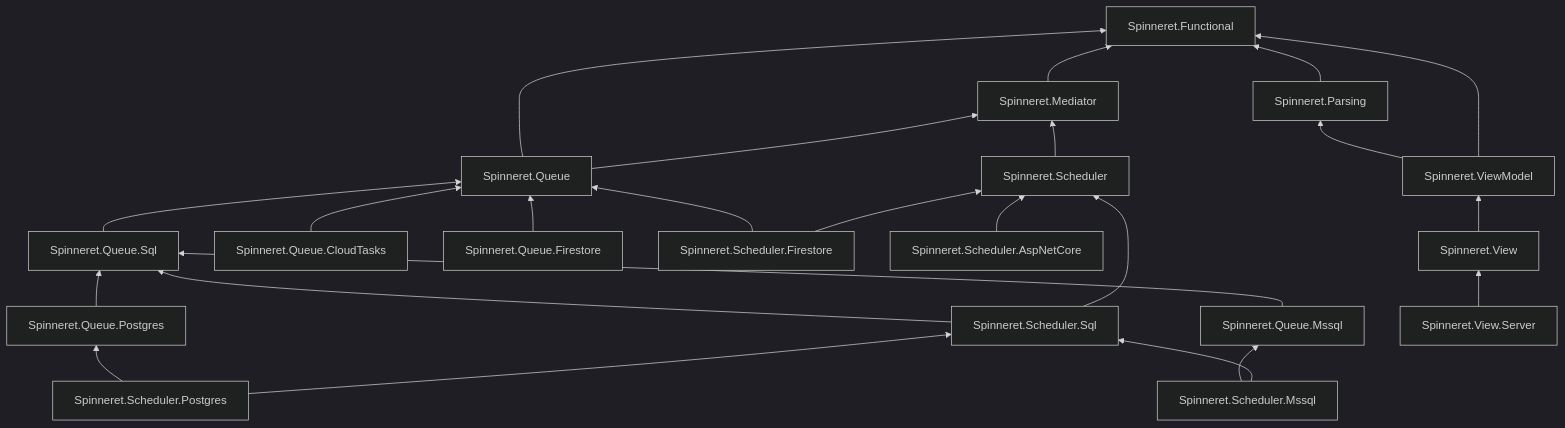
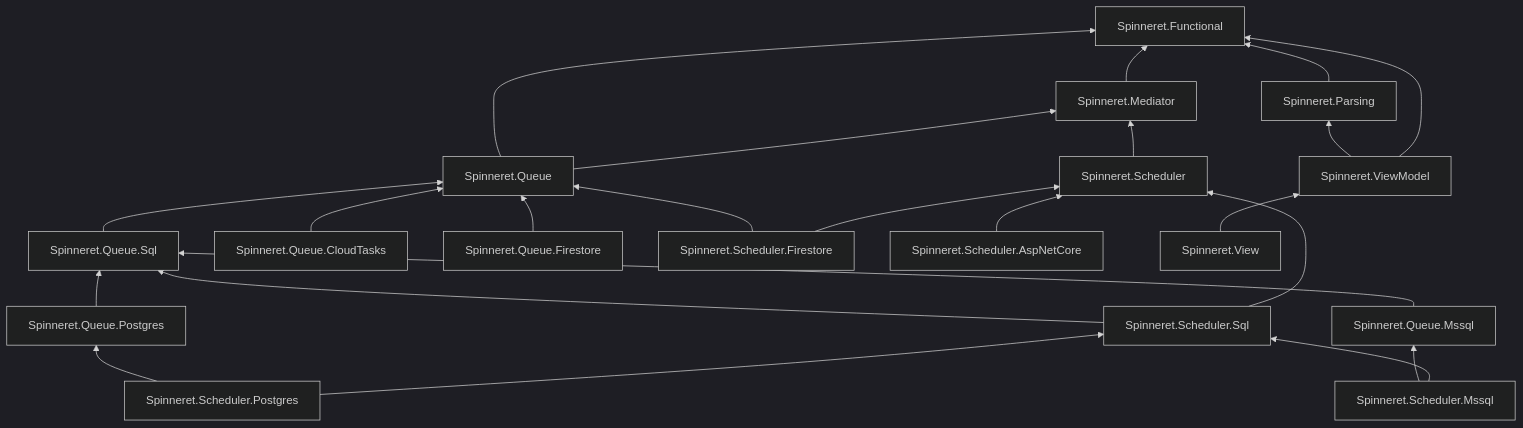
Before and after one commit to spinneret-net/spinneret: the diagram in README.md, drawn with Mermaid (dark theme). The commit also changed other lines of this file and 20 other files, not shown here.

Commit message:
refactor(view)!: detect prerendering with Blazor's RendererInfo and drop IRenderContext and Spinneret.View.Server

````diff
--- a/README.md
+++ b/README.md
@@ -296,21 +295,20 @@
 ```mermaid
 graph BT
   Functional["Spinneret.Functional"]
   Parsing["Spinneret.Parsing"] --> Functional
   Mediator["Spinneret.Mediator"] --> Functional
   Queue["Spinneret.Queue"] --> Mediator & Functional
   QueueSql["Spinneret.Queue.Sql"] --> Queue
   QueueMssql["Spinneret.Queue.Mssql"] --> QueueSql
   QueuePostgres["Spinneret.Queue.Postgres"] --> QueueSql
   QueueCloudTasks["Spinneret.Queue.CloudTasks"] --> Queue
   QueueFirestore["Spinneret.Queue.Firestore"] --> Queue
   Scheduler["Spinneret.Scheduler"] --> Mediator
   SchedulerFirestore["Spinneret.Scheduler.Firestore"] --> Scheduler & Queue
   SchedulerSql["Spinneret.Scheduler.Sql"] --> Scheduler & QueueSql
   SchedulerMssql["Spinneret.Scheduler.Mssql"] --> SchedulerSql & QueueMssql
   SchedulerPostgres["Spinneret.Scheduler.Postgres"] --> SchedulerSql & QueuePostgres
   SchedulerAspNetCore["Spinneret.Scheduler.AspNetCore"] --> Scheduler
   ViewModel["Spinneret.ViewModel"] --> Functional & Parsing
   View["Spinneret.View"] --> ViewModel
-  ViewServer["Spinneret.View.Server"] --> View
 ```
````
